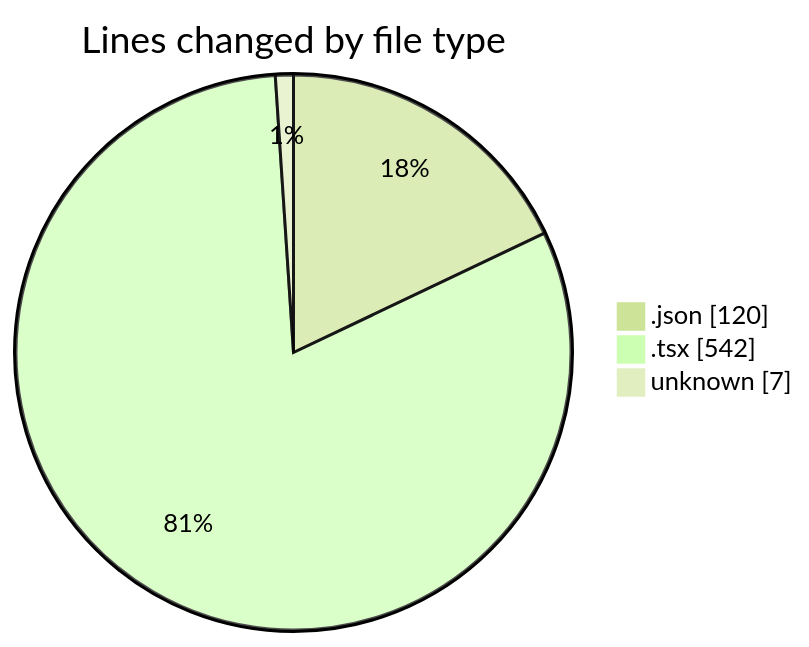
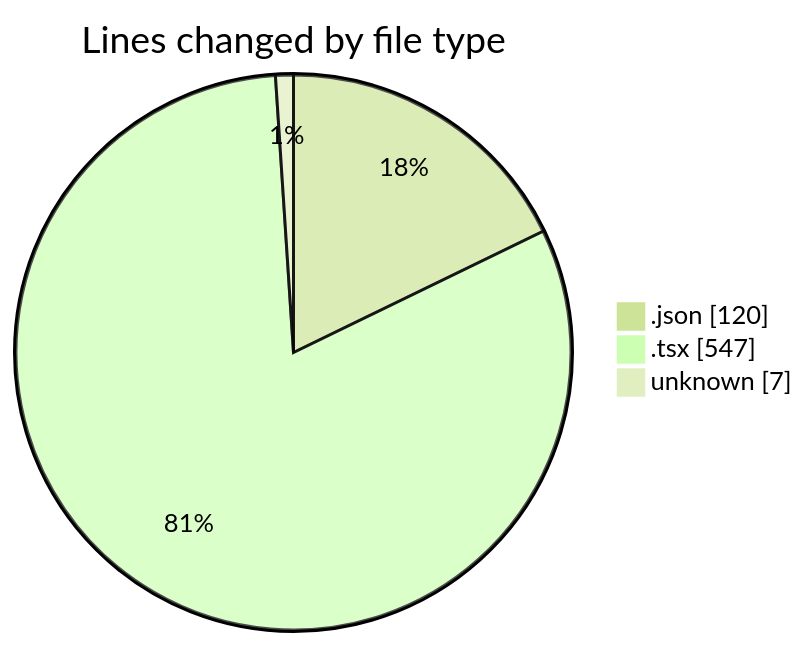
The first of 2 diagrams in 2024-12-31/nyah/README.md (3Nya3/code-tracking), drawn with Mermaid (forest theme) before and after one commit. The commit also changed other lines of this file and 1 other file, not shown here.

````diff
--- a/2024-12-31/nyah/README.md
+++ b/2024-12-31/nyah/README.md
@@ -22,7 +22,7 @@
 ```mermaid
 pie showData
 title Lines changed by file type
 ".json" : 120
-".tsx" : 542
+".tsx" : 547
 "unknown" : 7
 ```
````
